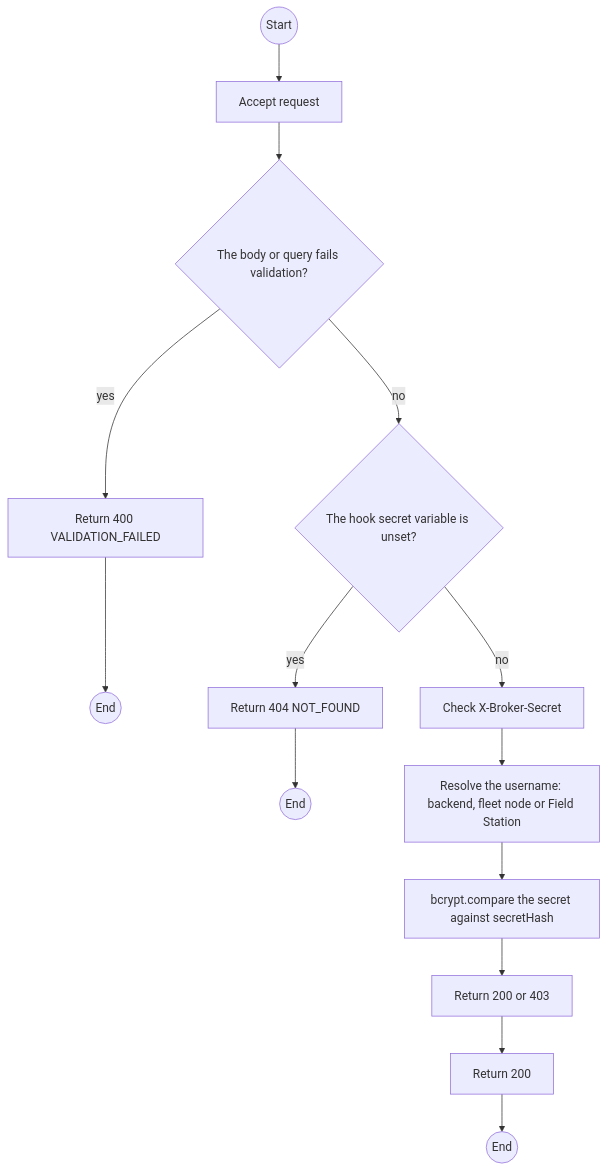
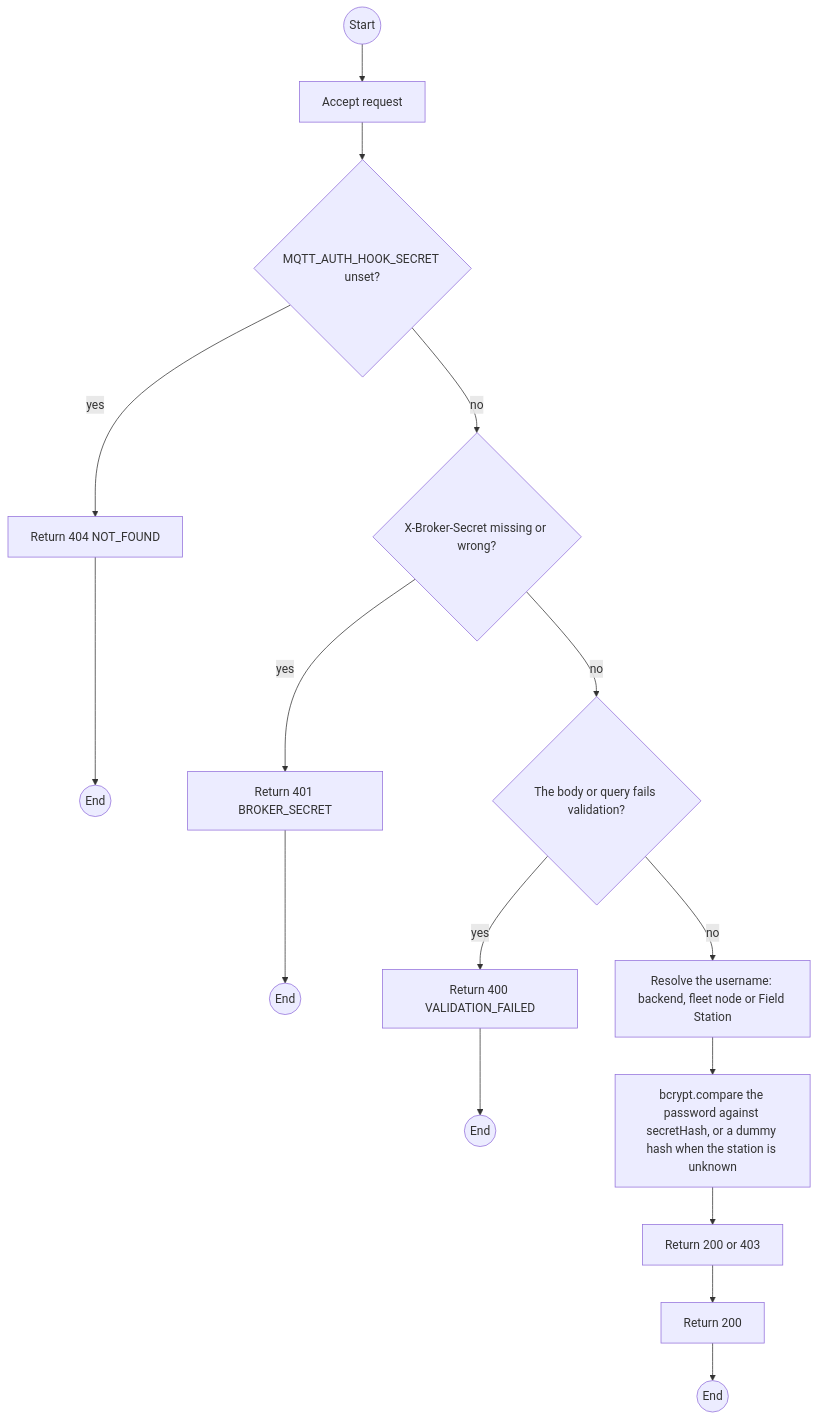
The first of 2 diagrams in specs/gateway-sync/api-design/01-post-internal-mqtt-user.md (TrekLink-Team/treklink-web), drawn with Mermaid before and after one commit. The commit also changed other lines of this file and 5 other files, not shown here.

First line of the commit message:
docs: draw the hook secret before validation and record the Stage B limit

````diff
--- a/specs/gateway-sync/api-design/01-post-internal-mqtt-user.md
+++ b/specs/gateway-sync/api-design/01-post-internal-mqtt-user.md
@@ -131,27 +131,30 @@
 ```mermaid
 flowchart TB
     S((Start))
     A0["Accept request"]
     S --> A0
+    G0{"MQTT_AUTH_HOOK_SECRET unset?"}
+    A0 --> G0
+    GE0["Return 404 NOT_FOUND"]
+    G0 -->|yes| GE0
+    GE0 --> GX0((End))
+    G1{"X-Broker-Secret missing or wrong?"}
+    G0 -->|no| G1
+    GE1["Return 401 BROKER_SECRET"]
+    G1 -->|yes| GE1
+    GE1 --> GX1((End))
     D1{"The body or query fails validation?"}
-    A0 --> D1
+    G1 -->|no| D1
     E1["Return 400 VALIDATION_FAILED"]
     D1 -->|yes| E1
     E1 --> X1((End))
-    D2{"The hook secret variable is unset?"}
-    D1 -->|no| D2
-    E2["Return 404 NOT_FOUND"]
-    D2 -->|yes| E2
-    E2 --> X2((End))
-    P0["Check X-Broker-Secret"]
-    D2 -->|no| P0
-    P1["Resolve the username: backend, fleet node or Field Station"]
+    P0["Resolve the username: backend, fleet node or Field Station"]
+    D1 -->|no| P0
+    P1["bcrypt.compare the password against secretHash, or a dummy hash when the station is unknown"]
     P0 --> P1
-    P2["bcrypt.compare the secret against secretHash"]
+    P2["Return 200 or 403"]
     P1 --> P2
-    P3["Return 200 or 403"]
-    P2 --> P3
     OK["Return 200"]
-    P3 --> OK
+    P2 --> OK
     OK --> Z((End))
 ```
````
